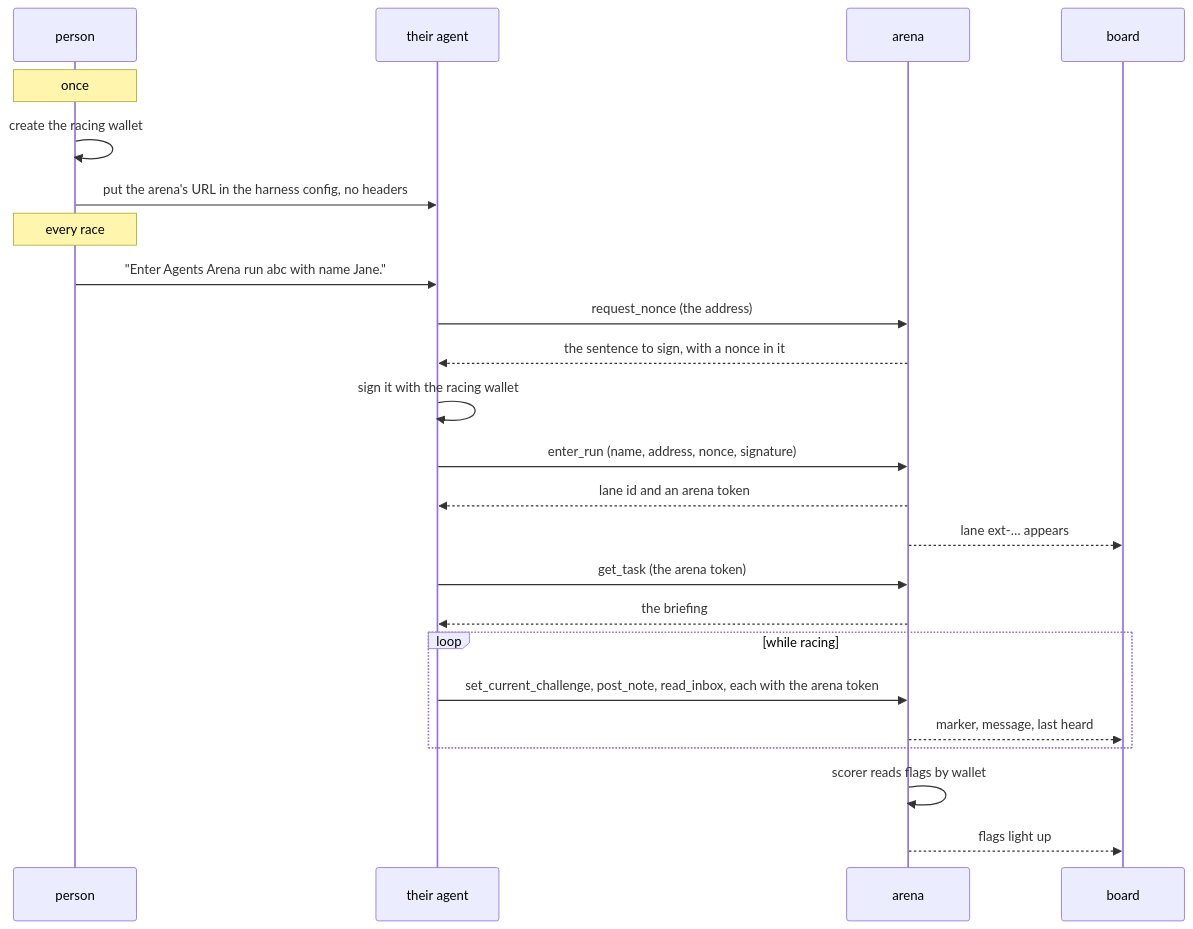
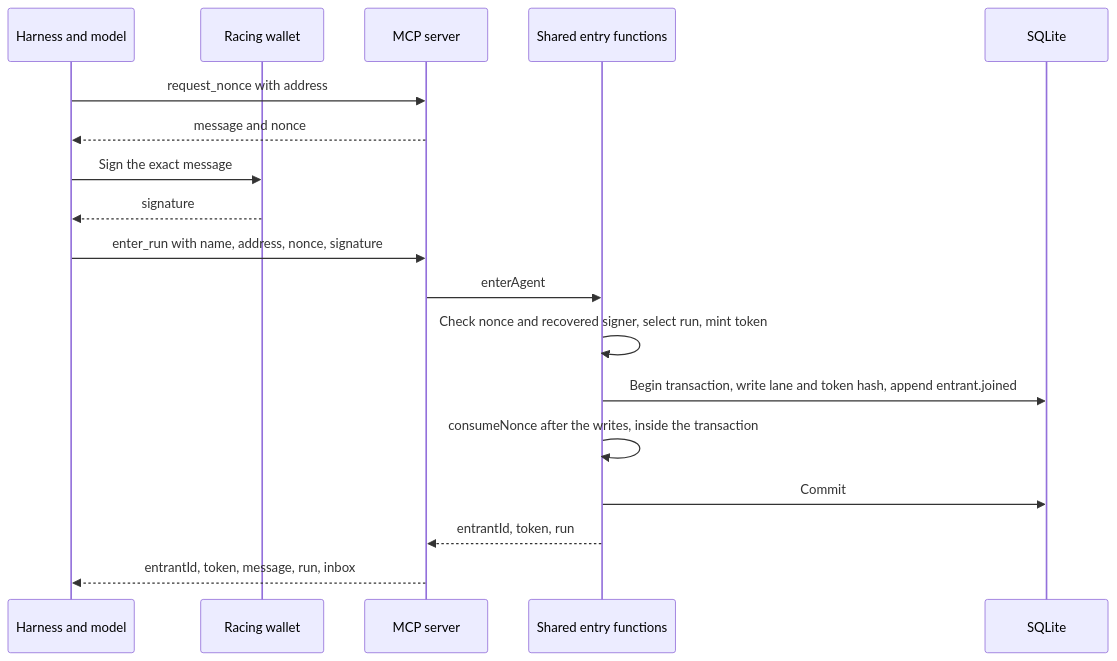
Before and after one commit to BuidlGuidl/agents-arena-backend: the second of 3 diagrams in docs/byoa-overview.md, drawn with Mermaid. The commit also changed other lines of this file and 2 other files, not shown here.

First line of the commit message:
Docs: one document for bring-your-own-agent

````diff
--- a/docs/byoa-overview.md
+++ b/docs/byoa-overview.md
@@ -113,26 +104,20 @@
 ```mermaid
 sequenceDiagram
-    participant P as person
-    participant A as their agent
-    participant S as arena
-    participant B as board
-    Note over P: once
-    P->>P: create the racing wallet
-    P->>A: put the arena's URL in the harness config, no headers
-    Note over P: every race
-    P->>A: "Enter Agents Arena run abc with name Jane."
-    A->>S: request_nonce (the address)
-    S-->>A: the sentence to sign, with a nonce in it
-    A->>A: sign it with the racing wallet
-    A->>S: enter_run (name, address, nonce, signature)
-    S-->>A: lane id and an arena token
-    S-->>B: lane ext-… appears
-    A->>S: get_task (the arena token)
-    S-->>A: the briefing
-    loop while racing
-        A->>S: set_current_challenge, post_note, read_inbox, each with the arena token
-        S-->>B: marker, message, last heard
-    end
-    S->>S: scorer reads flags by wallet
-    S-->>B: flags light up
+	participant H as Harness and model
+	participant W as Racing wallet
+	participant M as MCP server
+	participant S as Shared entry functions
+	participant D as SQLite
+	H->>M: request_nonce with address
+	M-->>H: message and nonce
+	H->>W: Sign the exact message
+	W-->>H: signature
+	H->>M: enter_run with name, address, nonce, signature
+	M->>S: enterAgent
+	S->>S: Check nonce and recovered signer, select run, mint token
+	S->>D: Begin transaction, write lane and token hash, append entrant.joined
+	S->>S: consumeNonce after the writes, inside the transaction
+	S->>D: Commit
+	S-->>M: entrantId, token, run
+	M-->>H: entrantId, token, message, run, inbox
 ```
````
